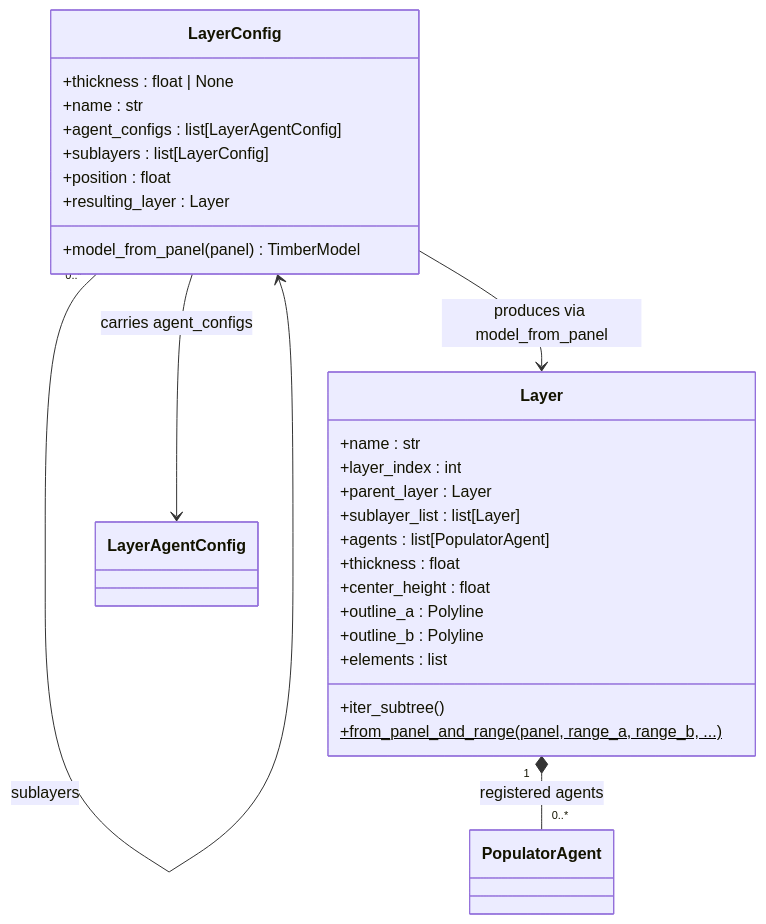
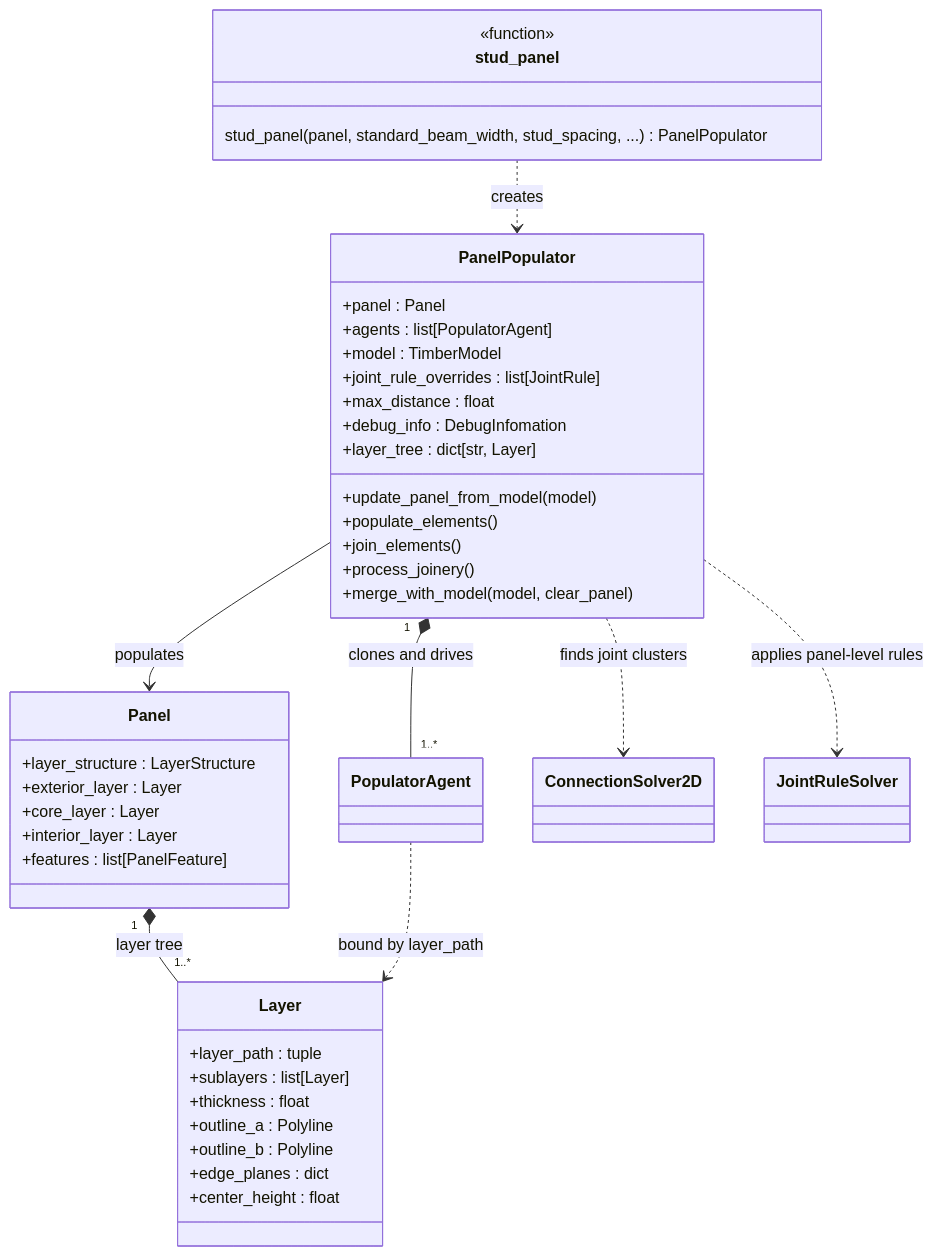
The first of 4 diagrams in docs/contribution/class_diagrams.md (gramaziokohler/timber_design), drawn with Mermaid before and after one commit. The commit also changed other lines of this file and 40 other files, not shown here.

````diff
--- a/docs/contribution/class_diagrams.md
+++ b/docs/contribution/class_diagrams.md
@@ -160,33 +17,49 @@
 ```mermaid
 classDiagram
 
-    class LayerConfig {
-        +thickness : float | None
-        +name : str
-        +agent_configs : list[LayerAgentConfig]
-        +sublayers : list[LayerConfig]
-        +position : float
-        +resulting_layer : Layer
-        +model_from_panel(panel) TimberModel
+    class PanelPopulator {
+        +panel : Panel
+        +agents : list[PopulatorAgent]
+        +model : TimberModel
+        +joint_rule_overrides : list[JointRule]
+        +max_distance : float
+        +debug_info : DebugInfomation
+        +layer_tree : dict[str, Layer]
+        +update_panel_from_model(model)
+        +populate_elements()
+        +join_elements()
+        +process_joinery()
+        +merge_with_model(model, clear_panel)
+    }
+
+    class stud_panel {
+        <<function>>
+        stud_panel(panel, standard_beam_width, stud_spacing, ...) PanelPopulator
+    }
+
+    class Panel {
+        +layer_structure : LayerStructure
+        +exterior_layer : Layer
+        +core_layer : Layer
+        +interior_layer : Layer
+        +features : list[PanelFeature]
     }
 
     class Layer {
-        +name : str
-        +layer_index : int
-        +parent_layer : Layer
-        +sublayer_list : list[Layer]
-        +agents : list[PopulatorAgent]
+        +layer_path : tuple
+        +sublayers : list[Layer]
         +thickness : float
-        +center_height : float
         +outline_a : Polyline
         +outline_b : Polyline
-        +elements : list
-        +iter_subtree()
-        +from_panel_and_range(panel, range_a, range_b, ...)$
+        +edge_planes : dict
+        +center_height : float
     }
 
-    LayerConfig "0..*" --> LayerConfig : sublayers
-    LayerConfig --> LayerAgentConfig : carries agent_configs
-    Layer "1" *-- "0..*" PopulatorAgent : registered agents
-    LayerConfig --> Layer : produces via model_from_panel
+    stud_panel ..> PanelPopulator : creates
+    PanelPopulator --> Panel : populates
+    PanelPopulator "1" *-- "1..*" PopulatorAgent : clones and drives
+    PanelPopulator ..> ConnectionSolver2D : finds joint clusters
+    PanelPopulator ..> JointRuleSolver : applies panel-level rules
+    Panel "1" *-- "1..*" Layer : layer tree
+    PopulatorAgent ..> Layer : bound by layer_path
 ```
````
